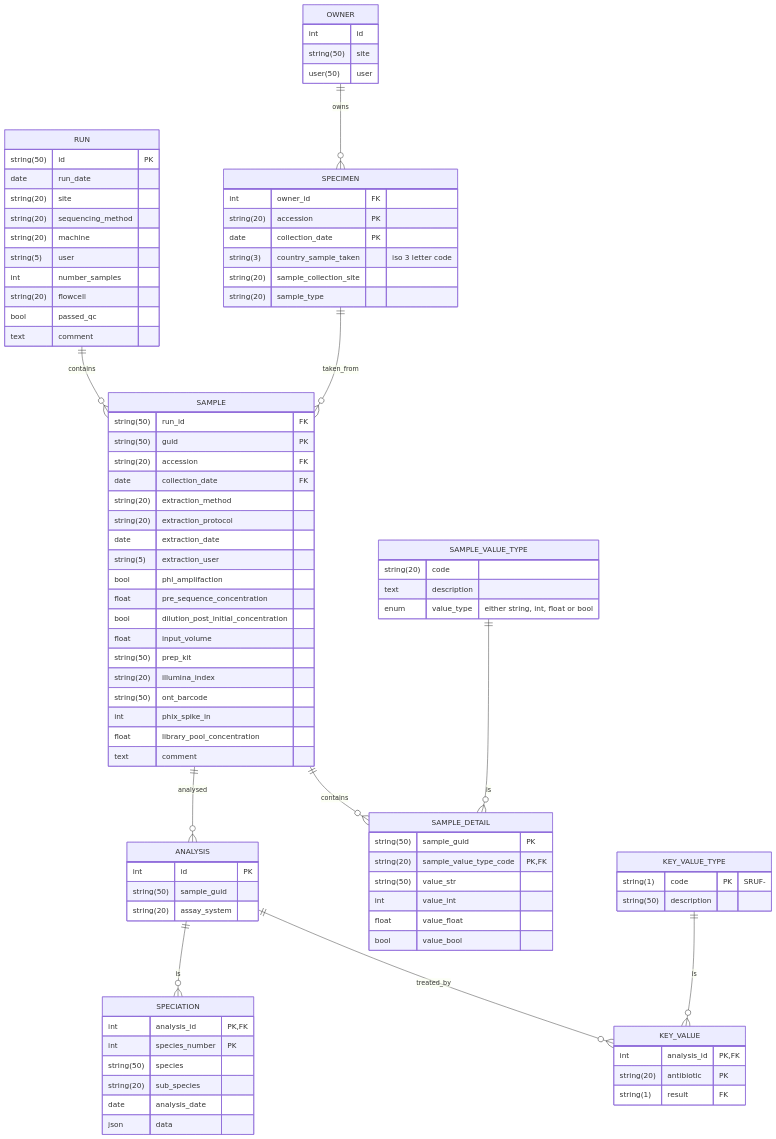
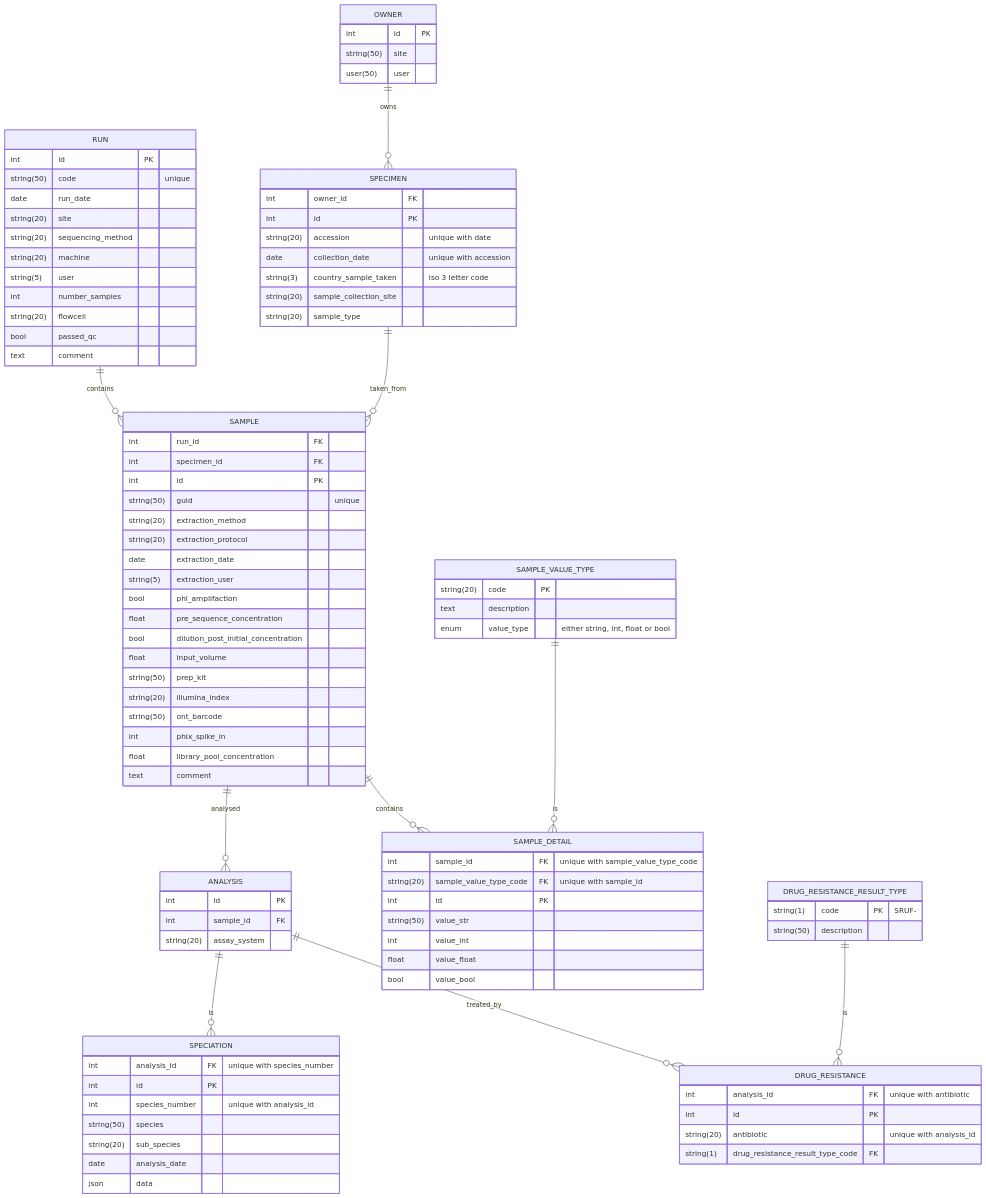
The diagram in docs/database-layout.md (oxfordmmm/gpas_local_db), drawn with Mermaid before and after one commit.

Commit message:
Added id primary keys, used instead of string codes

````diff
--- a/docs/database-layout.md
+++ b/docs/database-layout.md
@@ -3,13 +3,14 @@
 ```mermaid
 erDiagram
     OWNER {
-        int id
+        int id PK
         string(50) site
         user(50) user
     }
 
     RUN {
-        string(50) id PK
+        int id PK
+        string(50) code "unique"
         date run_date
         string(20) site
         string(20) sequencing_method
@@ -23,18 +24,19 @@
 
     SPECIMEN {
         int owner_id FK
-        string(20) accession PK
-        date collection_date PK
+        int id PK
+        string(20) accession "unique with date"
+        date collection_date "unique with accession"
         string(3) country_sample_taken "iso 3 letter code"
         string(20) sample_collection_site
         string(20) sample_type 
     }
 
     SAMPLE {
-        string(50) run_id FK
-        string(50) guid PK
-        string(20) accession FK
-        date collection_date FK
+        int run_id FK
+        int specimen_id FK
+        int id PK
+        string(50) guid "unique"
         string(20) extraction_method
         string(20) extraction_protocol
         date extraction_date
@@ -52,8 +54,9 @@
     }
 
     SAMPLE_DETAIL {
-        string(50) sample_guid PK
-        string(20) sample_value_type_code PK, FK
+        int sample_id FK "unique with sample_value_type_code"
+        string(20) sample_value_type_code FK "unique with sample_id"
+        int id PK
         string(50) value_str
         int value_int
         float value_float
@@ -61,33 +64,35 @@
     }
 
     SAMPLE_VALUE_TYPE {
-        string(20) code
+        string(20) code PK
         text description
         enum value_type "either string, int, float or bool"
     }
 
     ANALYSIS {
         int id PK
-        string(50) sample_guid
+        int sample_id FK
         string(20) assay_system
     }
 
     SPECIATION {
-        int analysis_id PK, FK
-        int species_number PK
+        int analysis_id FK "unique with species_number"
+        int id PK
+        int species_number "unique with analysis_id"
         string(50) species
         string(20) sub_species
         date analysis_date
         json data
     }
 
-    KEY_VALUE {
-        int analysis_id PK, FK
-        string(20) antibiotic PK
-        string(1) result FK
+    DRUG_RESISTANCE {
+        int analysis_id FK "unique with antibiotic"
+        int id PK
+        string(20) antibiotic "unique with analysis_id"
+        string(1) drug_resistance_result_type_code FK
     }
 
-    KEY_VALUE_TYPE {
+    DRUG_RESISTANCE_RESULT_TYPE {
         string(1) code PK "SRUF-"
         string(50) description
     }
@@ -97,8 +102,8 @@
     SPECIMEN ||--o{ SAMPLE : taken_from
     SAMPLE ||--o{ ANALYSIS : analysed
     ANALYSIS ||--o{ SPECIATION : is
-    ANALYSIS ||--o{ KEY_VALUE : treated_by
-    KEY_VALUE_TYPE ||--o{ KEY_VALUE : is
+    ANALYSIS ||--o{ DRUG_RESISTANCE : treated_by
+    DRUG_RESISTANCE_RESULT_TYPE ||--o{ DRUG_RESISTANCE : is
     SAMPLE ||--o{ SAMPLE_DETAIL: contains
     SAMPLE_VALUE_TYPE ||--o{ SAMPLE_DETAIL: is
 ```
````
